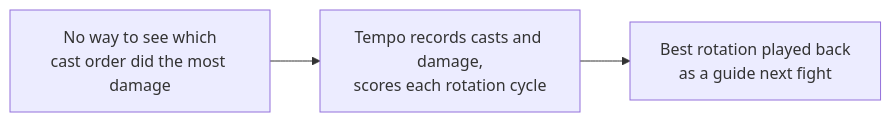
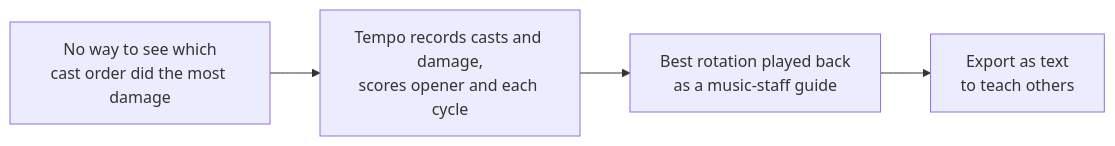
The first of 2 diagrams in docs/features/tempo/README.md (PhillypHenning/grimoire), drawn with Mermaid before and after one commit. The commit also changed other lines of this file and 13 other files, not shown here.

````diff
--- a/docs/features/tempo/README.md
+++ b/docs/features/tempo/README.md
@@ -14,4 +14,5 @@
 ```mermaid
 flowchart LR
-    A[No way to see which<br/>cast order did the most damage] --> B[Tempo records casts and damage,<br/>scores each rotation cycle] --> C[Best rotation played back<br/>as a guide next fight]
+    A[No way to see which<br/>cast order did the most damage] --> B[Tempo records casts and damage,<br/>scores opener and each cycle] --> C[Best rotation played back<br/>as a music-staff guide]
+    C --> D[Export as text<br/>to teach others]
 ```
````
